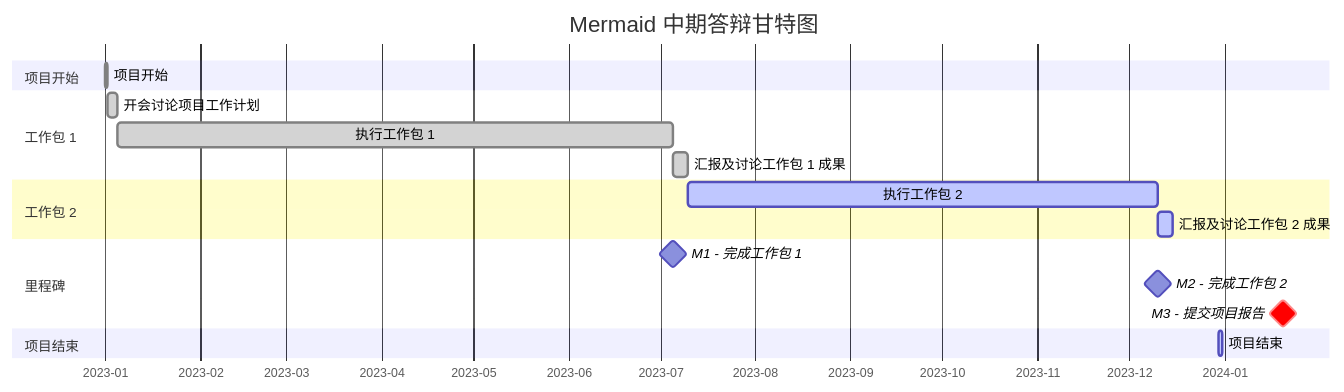
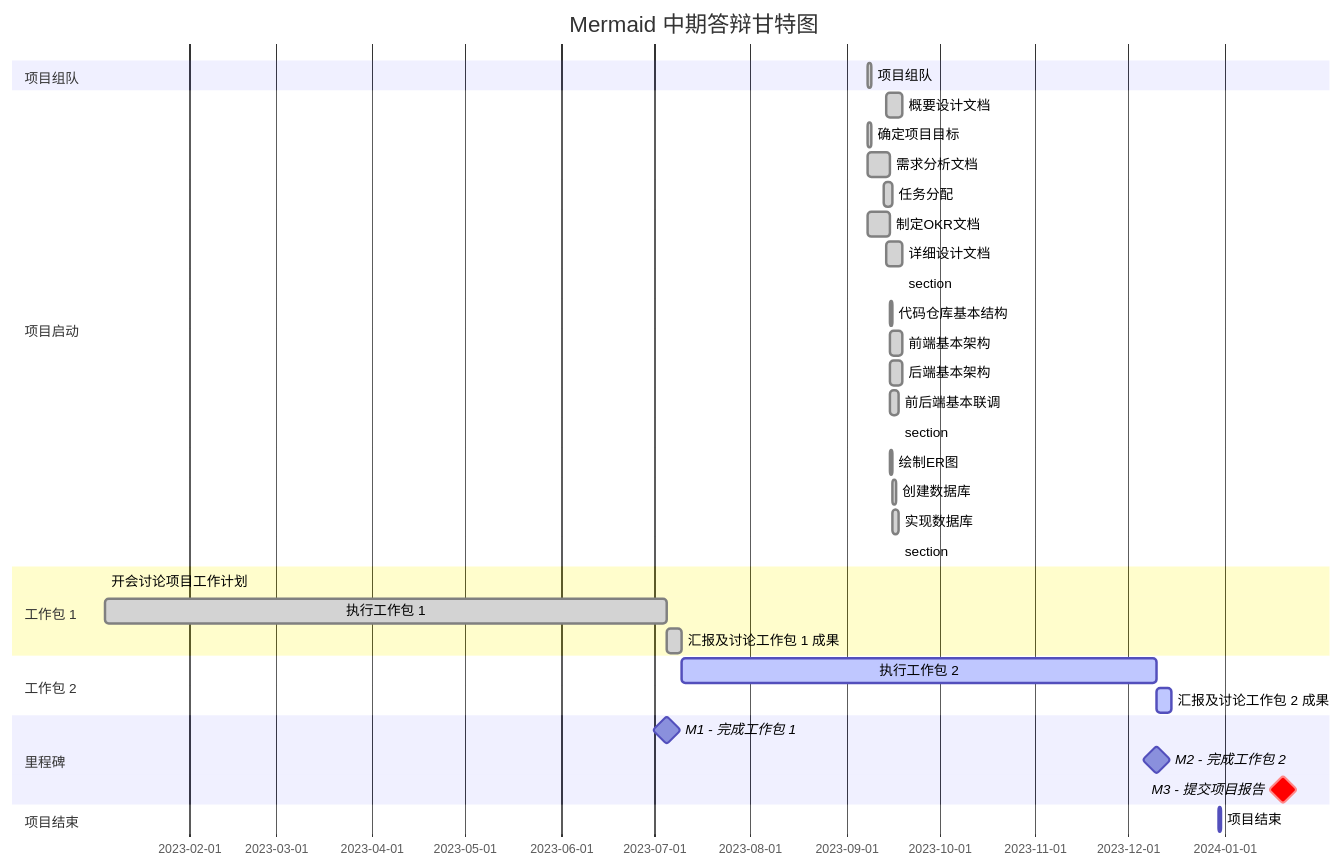
One commit to XuYiHan30319/Obsidian changed the diagram in 大三上学期/实训/中期答辩.md. Above: the diagram before and after it, drawn with Mermaid. The commit also changed other lines of this file and 1 other file, not shown here.

Commit message:
vault backup: 2023-11-20 08:45:00

````diff
--- a/大三上学期/实训/中期答辩.md
+++ b/大三上学期/实训/中期答辩.md
@@ -1,35 +1,54 @@
 ```mermaid
 gantt
 
 	title Mermaid 中期答辩甘特图
-
 	%% 起止日期语法格式
    	dateFormat  YYYY-MM-DD
    	%% 最下方时间轴日期格式
-	axisFormat %Y-%m
-	%% 最下方时间轴时间间隔
-	tickInterval 1month
+	axisFormat %Y-%m-%d
 	%% 表示今天标记的显示样式
 	todayMarker stroke-width:3px,stroke:#FBBC05,opacity:0.6
 
 	%% 定义任务分类/区
-	section 项目开始
-	项目开始: done, a0, 2023-01-01, 1d
+	section 项目组队
+	项目组队: done,a0,2023/09/08,1d
+
+	section 项目启动
+	概要设计文档: done,2023/09/14,5d
+	确定项目目标: done ,2023/09/08,1d
+	需求分析文档: done , 2023/09/08, 7d
+	任务分配 : done, 2023/09/13,3d
+	制定OKR文档: done, 2023/09/08, 7d
+	详细设计文档: done, 2023/09/14, 5d
+
+	section: 确定工作流
+	代码仓库基本结构: done, 2023/09/15, 1d
+	前端基本架构: done, 2023/09/15, 4d
+	后端基本架构: done, 2023/09/15,4d
+	前后端基本联调: done, 2023/09/15, 3d
+
+	section: 数据库设计
+	绘制ER图: done, 2023/09/15,1d
+	创建数据库: done, 2023/09/16,1d
+	实现数据库: done,2023/09/16,2d
+
+	section: 前端开发
+	
 	
 	section 工作包 1
 	开会讨论项目工作计划: done, a1, after a0, 2023-01-05
 	执行工作包 1: done, a2, after a1, 6M
 	汇报及讨论工作包 1 成果: done, a3, after a2, 5d
 
     section 工作包 2
     执行工作包 2: active, a4, after a3, 5M
 	汇报及讨论工作包 2 成果: active, a5, after a4, 5d
     
     section 里程碑
 	M1 - 完成工作包 1: milestone, after a2, 0d
 	M2 - 完成工作包 2: milestone, after a4, 0d
 	M3 - 提交项目报告: crit, milestone, 2024-01-20, 0d
 	
 	section 项目结束
 	项目结束: active, 2023-12-30, 1d
 ```
````
